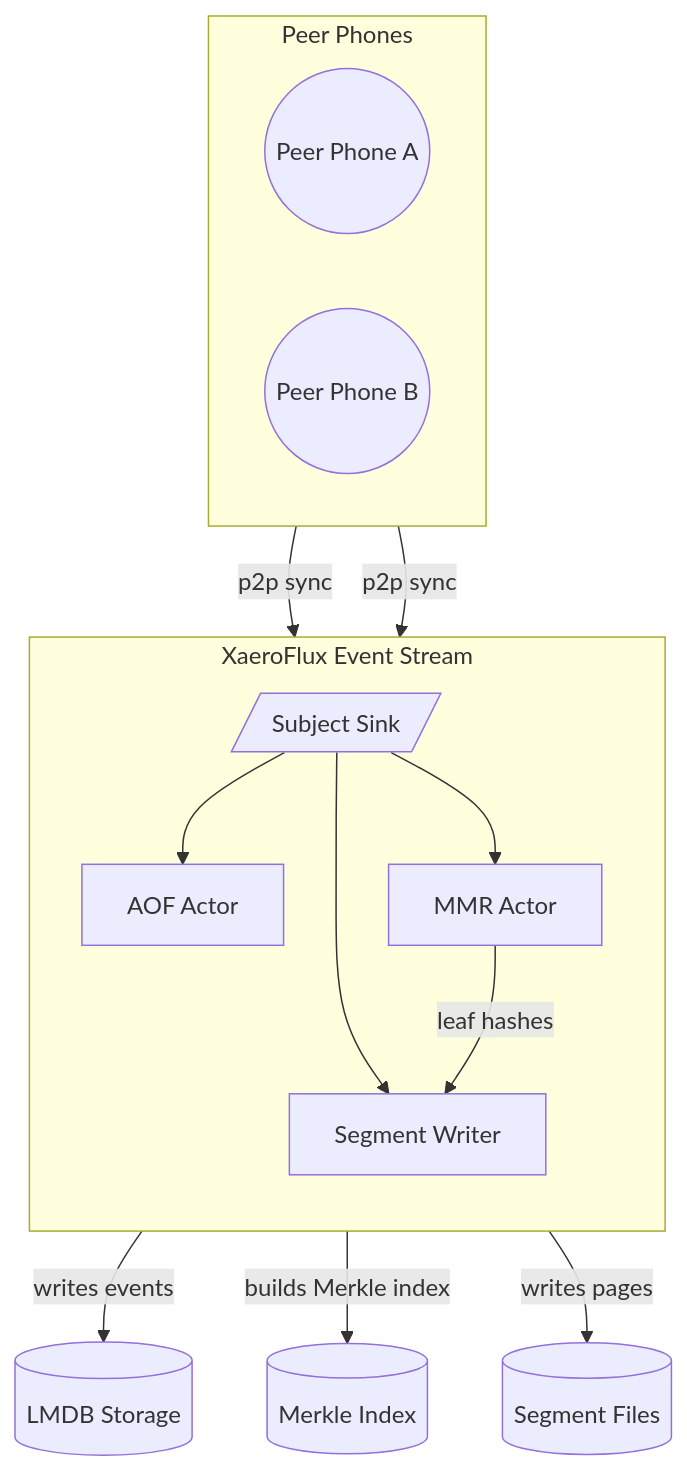
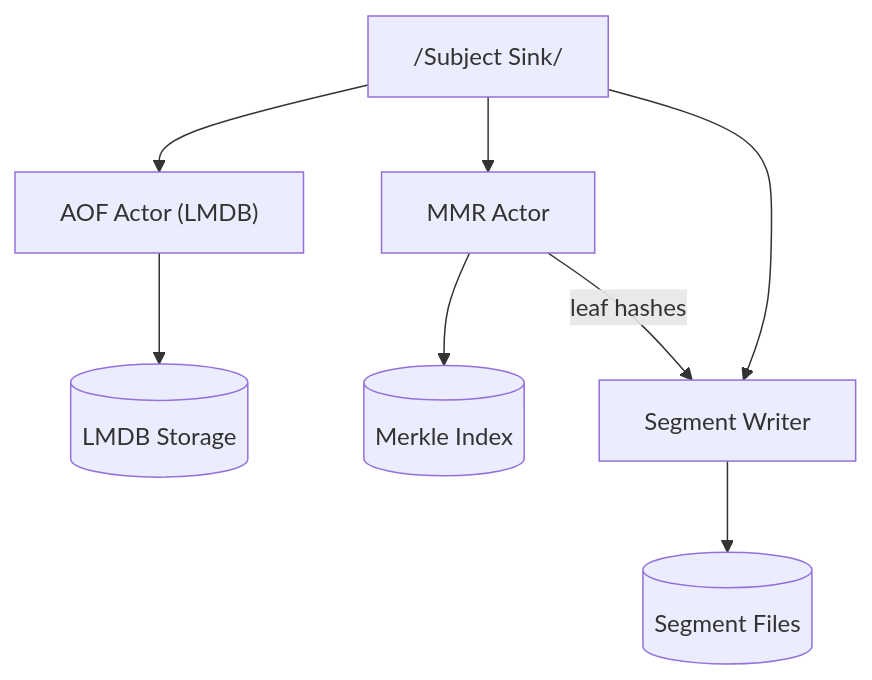
Before and after one commit to block-xaero/xaeroflux: the diagram in README.md, drawn with Mermaid. The commit also changed other lines of this file, not shown here.

````diff
--- a/README.md
+++ b/README.md
@@ -19,31 +184,11 @@
 ```mermaid
 flowchart TB
-  %% Peer phones pushing events into the subject sink
-  subgraph Peers["Peer Phones"]
-    direction LR
-    PhoneA(("Peer Phone A"))
-    PhoneB(("Peer Phone B"))
-  end
-
-  %% Main pipeline
-  subgraph Pipeline["XaeroFlux Event Stream"]
-    direction TB
-    SubjectSink[/"Subject Sink"/]
-    %% Actors subscribing in parallel
-    SubjectSink --> AOFActor["AOF Actor"]
-    SubjectSink --> MMRActor["MMR Actor"]
-    SubjectSink --> SegWriter["Segment Writer"]
-  end
-
-  %% Outputs
-  AOFActor -->|writes events| LMDB[(LMDB Storage)]
-  MMRActor -->|builds Merkle index| MerkleIdx[(Merkle Index)]
-  SegWriter -->|writes pages| SegmentFiles[(Segment Files)]
-
-  %% MMR → SegmentWriter handoff
+  SubjectSink["/Subject Sink"/]
+  SubjectSink --> AOFActor["AOF Actor (LMDB)"]
+  SubjectSink --> MMRActor["MMR Actor"]
+  SubjectSink --> SegWriter["Segment Writer"]
+  AOFActor --> LMDB[(LMDB Storage)]
+  MMRActor --> MerkleIdx[(Merkle Index)]
+  SegWriter --> SegmentFiles[(Segment Files)]
   MMRActor -- leaf hashes --> SegWriter
-
-  %% Peer inputs
-  PhoneA -->|p2p sync| SubjectSink
-  PhoneB -->|p2p sync| SubjectSink
 ```
````
